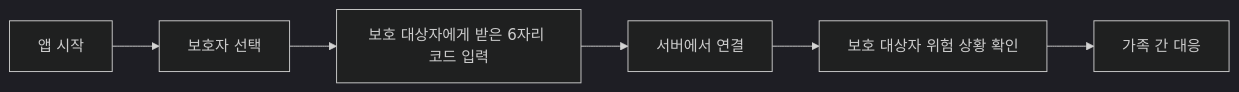
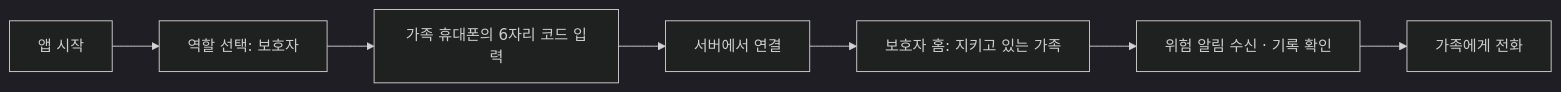
Before and after one commit to musicgj311-byte/2026_hackathon_duksung: the second of 2 diagrams in frontend/README.md, drawn with Mermaid (dark theme). The commit also changed other lines of this file, not shown here.

````diff
--- a/frontend/README.md
+++ b/frontend/README.md
@@ -70,8 +81,9 @@
 ```mermaid
 flowchart LR
-    A[앱 시작] --> B[보호자 선택]
-    B --> C[보호 대상자에게 받은 6자리 코드 입력]
+    A[앱 시작] --> B[역할 선택: 보호자]
+    B --> C[가족 휴대폰의 6자리 코드 입력]
     C --> D[서버에서 연결]
-    D --> E[보호 대상자 위험 상황 확인]
-    E --> F[가족 간 대응]
+    D --> E[보호자 홈: 지키고 있는 가족]
+    E --> F[위험 알림 수신 · 기록 확인]
+    F --> G[가족에게 전화]
 ```
````
